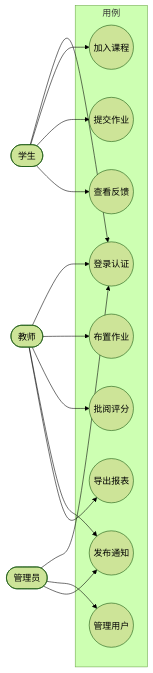
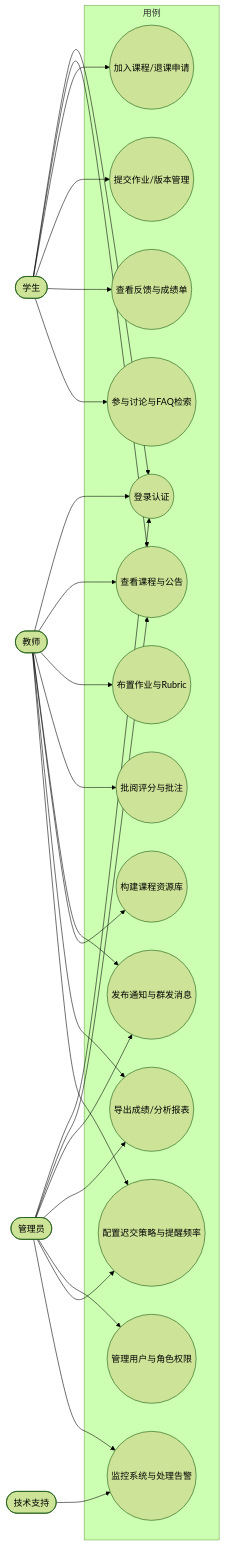
One commit to luckyJessie/douyin-game changed the diagram in docs/mermaid/use_case.mmd. Above: the diagram before and after it, drawn with Mermaid (forest theme). The commit also changed 17 other files, not shown here.

Commit message:
Refactor: Update architecture and sequence diagrams

```diff
--- a/docs/mermaid/use_case.mmd
+++ b/docs/mermaid/use_case.mmd
@@ -1,31 +1,48 @@
 graph LR
     actorStudent([学生])
     actorTeacher([教师])
     actorAdmin([管理员])
+    actorSupport([技术支持])
 
     subgraph 用例
         UC1((登录认证))
-        UC2((加入课程))
-        UC3((提交作业))
-        UC4((查看反馈))
-        UC5((布置作业))
-        UC6((批阅评分))
-        UC7((发布通知))
-        UC8((管理用户))
-        UC9((导出报表))
+        UC2((查看课程与公告))
+        UC3((加入课程/退课申请))
+        UC4((提交作业/版本管理))
+        UC5((查看反馈与成绩单))
+        UC6((参与讨论与FAQ检索))
+        UC7((布置作业与Rubric))
+        UC8((批阅评分与批注))
+        UC9((发布通知与群发消息))
+        UC10((构建课程资源库))
+        UC11((导出成绩/分析报表))
+        UC12((管理用户与角色权限))
+        UC13((配置迟交策略与提醒频率))
+        UC14((监控系统与处理告警))
     end
 
     actorStudent --> UC1
     actorStudent --> UC2
     actorStudent --> UC3
     actorStudent --> UC4
+    actorStudent --> UC5
+    actorStudent --> UC6
 
     actorTeacher --> UC1
-    actorTeacher --> UC5
-    actorTeacher --> UC6
+    actorTeacher --> UC2
     actorTeacher --> UC7
+    actorTeacher --> UC8
     actorTeacher --> UC9
+    actorTeacher --> UC10
+    actorTeacher --> UC11
+    actorTeacher --> UC13
 
     actorAdmin --> UC1
-    actorAdmin --> UC8
-    actorAdmin --> UC7
+    actorAdmin --> UC2
+    actorAdmin --> UC9
+    actorAdmin --> UC11
+    actorAdmin --> UC12
+    actorAdmin --> UC13
+    actorAdmin --> UC14
+
+    actorSupport --> UC14
```
